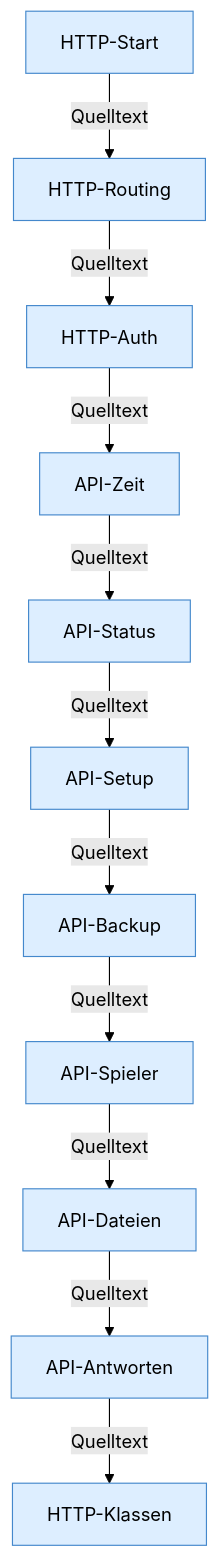
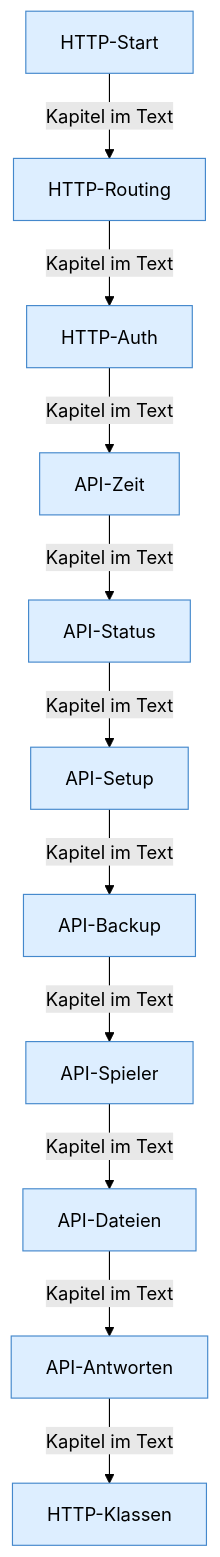
Before and after one commit to PrinceDiamant/minecraft-serverhoster-plugin: the diagram in Dashboard-HTTP.md, drawn with Mermaid (forest theme). The commit also changed other lines of this file and 2005 other files, not shown here.

````diff
--- a/Dashboard-HTTP.md
+++ b/Dashboard-HTTP.md
@@ -5,26 +5,26 @@
 ```mermaid
 flowchart TD
   n1["HTTP-Start"]:::internal-link
   n2["HTTP-Routing"]:::internal-link
   n3["HTTP-Auth"]:::internal-link
   n4["API-Zeit"]:::internal-link
   n5["API-Status"]:::internal-link
   n6["API-Setup"]:::internal-link
   n7["API-Backup"]:::internal-link
   n8["API-Spieler"]:::internal-link
   n9["API-Dateien"]:::internal-link
   n10["API-Antworten"]:::internal-link
   n11["HTTP-Klassen"]:::internal-link
-  n1 -->|"Quelltext"| n2
-  n2 -->|"Quelltext"| n3
-  n3 -->|"Quelltext"| n4
-  n4 -->|"Quelltext"| n5
-  n5 -->|"Quelltext"| n6
-  n6 -->|"Quelltext"| n7
-  n7 -->|"Quelltext"| n8
-  n8 -->|"Quelltext"| n9
-  n9 -->|"Quelltext"| n10
-  n10 -->|"Quelltext"| n11
+  n1 -->|"Kapitel im Text"| n2
+  n2 -->|"Kapitel im Text"| n3
+  n3 -->|"Kapitel im Text"| n4
+  n4 -->|"Kapitel im Text"| n5
+  n5 -->|"Kapitel im Text"| n6
+  n6 -->|"Kapitel im Text"| n7
+  n7 -->|"Kapitel im Text"| n8
+  n8 -->|"Kapitel im Text"| n9
+  n9 -->|"Kapitel im Text"| n10
+  n10 -->|"Kapitel im Text"| n11
   classDef internal-link fill:#ddeeff,stroke:#4488cc
   classDef befund fill:#f88
 ```
````
